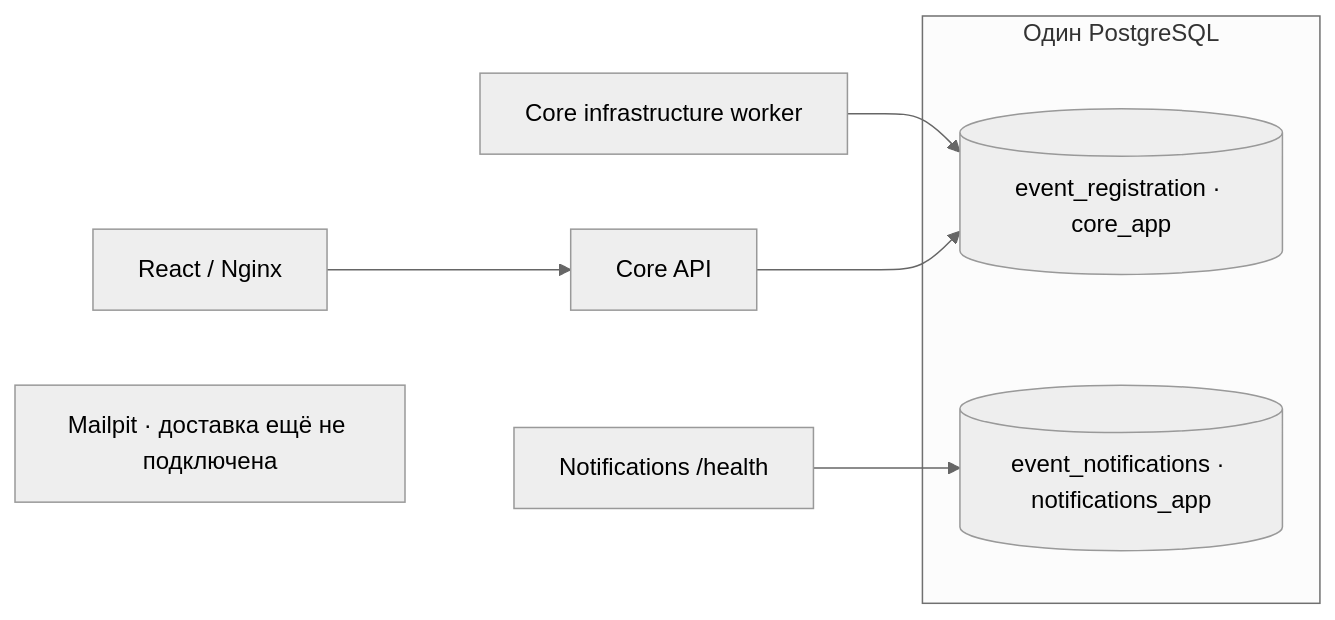
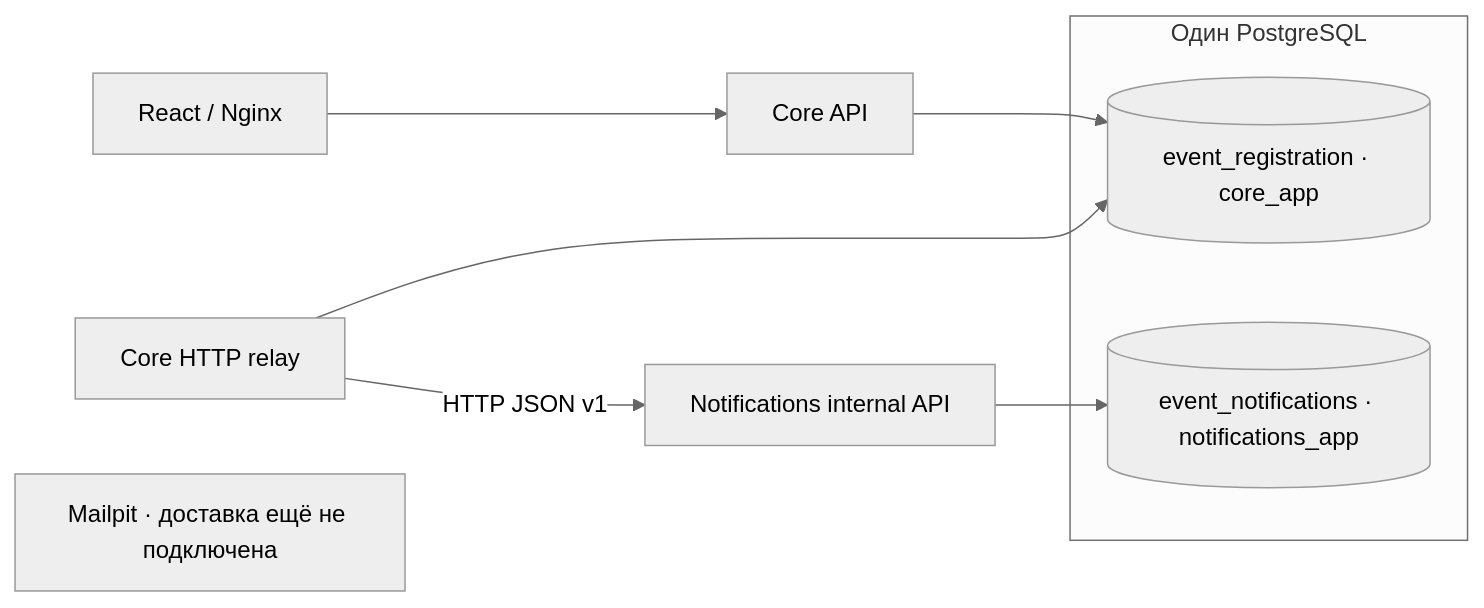
Before and after one commit to Bolat141101/event-registration: the diagram in docs/NOTIFICATIONS_INFRASTRUCTURE.md, drawn with Mermaid (neutral theme). The commit also changed other lines of this file and 34 other files, not shown here.

````diff
--- a/docs/NOTIFICATIONS_INFRASTRUCTURE.md
+++ b/docs/NOTIFICATIONS_INFRASTRUCTURE.md
@@ -19,12 +19,13 @@
 ```mermaid
 flowchart LR
     F[React / Nginx] --> C[Core API]
-    W[Core infrastructure worker] --> CD
+    W[Core HTTP relay] --> CD
+    W -->|HTTP JSON v1| N
     C --> CD
-    N[Notifications /health] --> ND
+    N[Notifications internal API] --> ND
     subgraph PG[Один PostgreSQL]
       CD[(event_registration · core_app)]
       ND[(event_notifications · notifications_app)]
     end
     M[Mailpit · доставка ещё не подключена]
 ```
````
